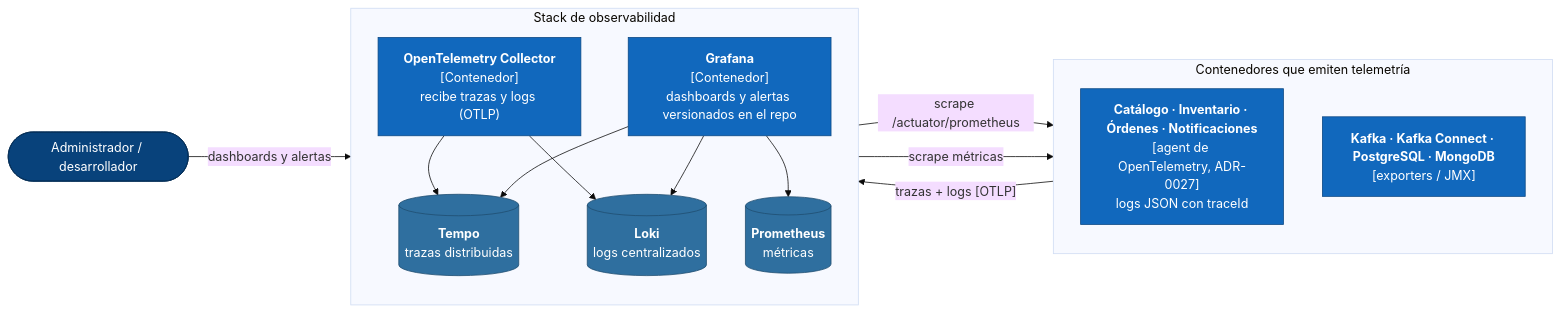
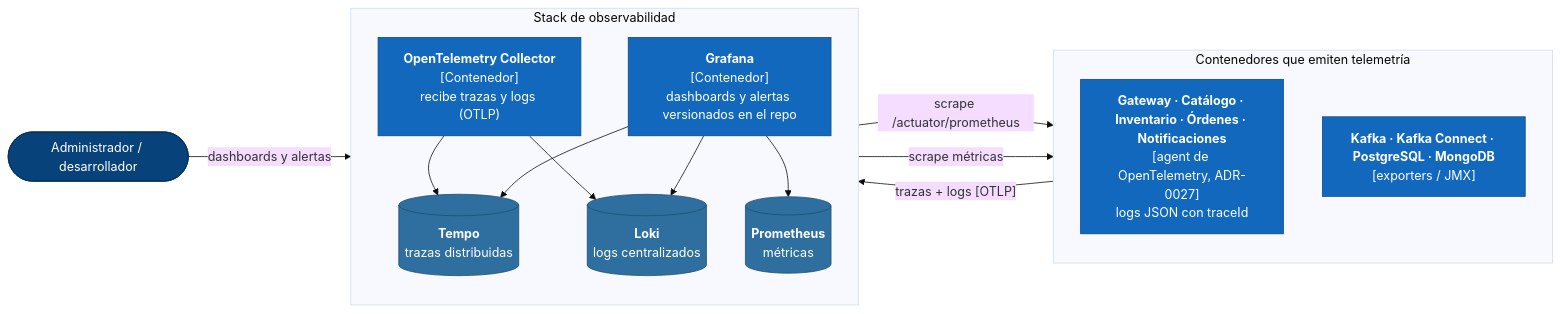
The fourth of 6 diagrams in docs/architecture/c4-model.md (jngeor/inventory), drawn with Mermaid (base theme) before and after one commit. The commit also changed other lines of this file and 17 other files, not shown here.

````diff
--- a/docs/architecture/c4-model.md
+++ b/docs/architecture/c4-model.md
@@ -161,33 +161,33 @@
 ```mermaid
 flowchart LR
     subgraph APPS["Contenedores que emiten telemetría"]
         direction TB
-        SVC["<b>Catálogo · Inventario · Órdenes · Notificaciones</b><br/>[agent de OpenTelemetry, ADR-0027]<br/>logs JSON con traceId"]:::internal
+        SVC["<b>Gateway · Catálogo · Inventario · Órdenes · Notificaciones</b><br/>[agent de OpenTelemetry, ADR-0027]<br/>logs JSON con traceId"]:::internal
         INFRA["<b>Kafka · Kafka Connect · PostgreSQL · MongoDB</b><br/>[exporters / JMX]"]:::internal
     end
 
     subgraph OBS["Stack de observabilidad"]
         direction TB
         OTEL["<b>OpenTelemetry Collector</b><br/>[Contenedor]<br/>recibe trazas y logs (OTLP)"]:::internal
         TEMPO[("<b>Tempo</b><br/>trazas distribuidas")]:::db
         LOKI[("<b>Loki</b><br/>logs centralizados")]:::db
         PROM[("<b>Prometheus</b><br/>métricas")]:::db
         GRAF["<b>Grafana</b><br/>[Contenedor]<br/>dashboards y alertas versionados en el repo"]:::internal
     end
 
     ADM(["Administrador / desarrollador"]):::person
 
     SVC -- "trazas + logs [OTLP]" --> OTEL
     OTEL --> TEMPO
     OTEL --> LOKI
     PROM -- "scrape /actuator/prometheus" --> SVC
     PROM -- "scrape métricas" --> INFRA
     GRAF --> TEMPO
     GRAF --> LOKI
     GRAF --> PROM
     ADM -- "dashboards y alertas" --> GRAF
 
     classDef person fill:#08427b,stroke:#052e56,color:#fff
     classDef internal fill:#1168bd,stroke:#0b4884,color:#fff
     classDef db fill:#2f6f9f,stroke:#1f4e70,color:#fff
 ```
````
